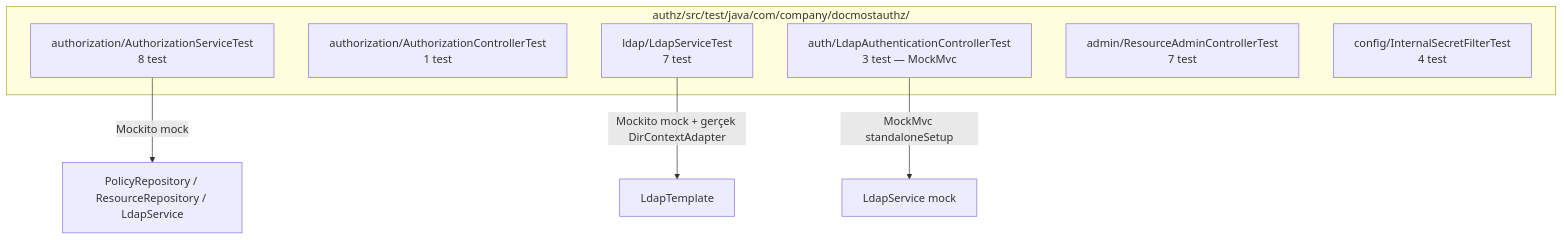
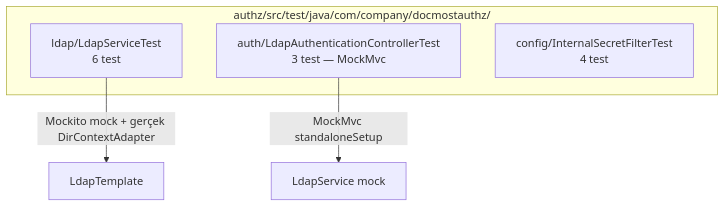
Before and after one commit to farukonder-ingtr/docmost: the sixth of 7 diagrams in ingwiki/spec/03-final-architecture-and-use-cases.md, drawn with Mermaid. The commit also changed other lines of this file and 40 other files, not shown here.

````diff
--- a/ingwiki/spec/03-final-architecture-and-use-cases.md
+++ b/ingwiki/spec/03-final-architecture-and-use-cases.md
@@ -192,14 +149,10 @@
 ```mermaid
 graph TB
     subgraph tests["authz/src/test/java/com/company/docmostauthz/"]
-        T1[authorization/AuthorizationServiceTest<br/>8 test]
-        T2[authorization/AuthorizationControllerTest<br/>1 test]
-        T3[ldap/LdapServiceTest<br/>7 test]
+        T3[ldap/LdapServiceTest<br/>6 test]
         T4[auth/LdapAuthenticationControllerTest<br/>3 test — MockMvc]
-        T5[admin/ResourceAdminControllerTest<br/>7 test]
         T6[config/InternalSecretFilterTest<br/>4 test]
     end
-    T1 -->|Mockito mock| Dep1[PolicyRepository / ResourceRepository / LdapService]
     T3 -->|Mockito mock + gerçek DirContextAdapter| Dep2[LdapTemplate]
     T4 -->|MockMvc standaloneSetup| Dep3[LdapService mock]
 ```
````
